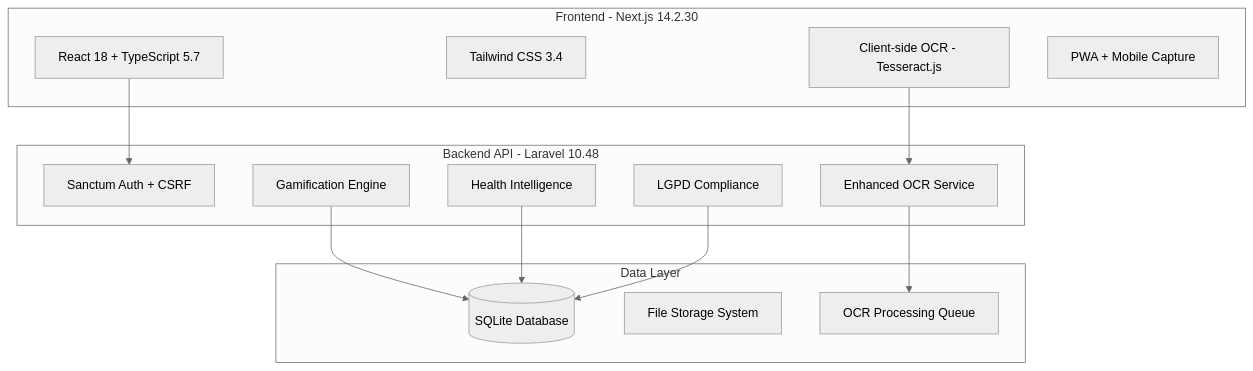
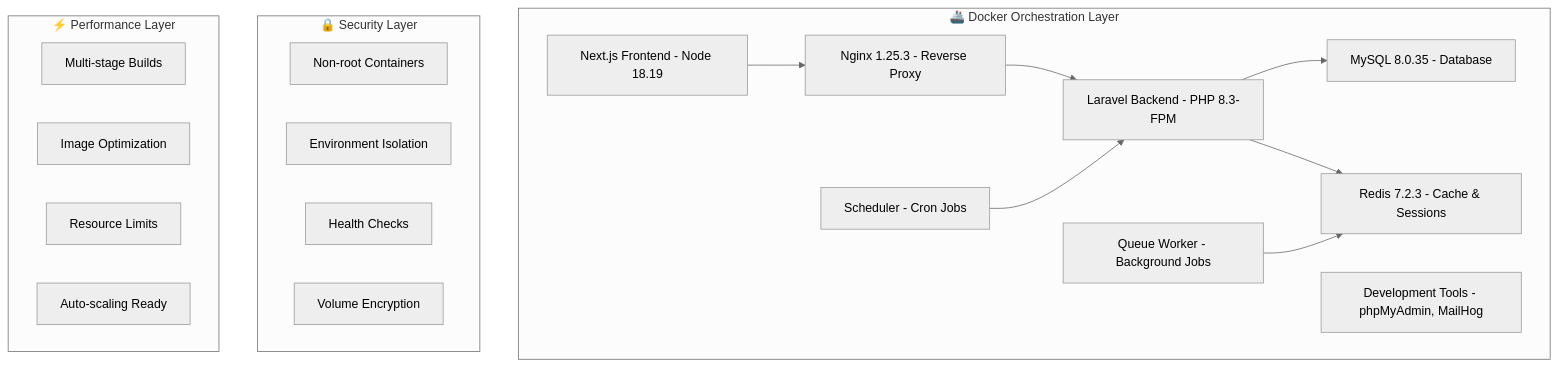
One commit to rodaquino-OMNI/OnboardingPortal changed the diagram in README.md. Above: the diagram before and after it, drawn with Mermaid (neutral theme). The commit also changed other lines of this file and 173 other files, not shown here.

````diff
--- a/README.md
+++ b/README.md
@@ -22,30 +24,34 @@
 ```mermaid
 graph TB
-    subgraph "Frontend - Next.js 14.2.30"
-        A[React 18 + TypeScript 5.7]
-        B[Tailwind CSS 3.4]
-        C[Client-side OCR - Tesseract.js]
-        D[PWA + Mobile Capture]
+    subgraph "🚢 Docker Orchestration Layer"
+        A[Nginx 1.25.3 - Reverse Proxy]
+        B[Laravel Backend - PHP 8.3-FPM]
+        C[Next.js Frontend - Node 18.19]
+        D[MySQL 8.0.35 - Database]
+        E[Redis 7.2.3 - Cache & Sessions]
+        F[Queue Worker - Background Jobs]
+        G[Scheduler - Cron Jobs]
+        H[Development Tools - phpMyAdmin, MailHog]
     end
     
-    subgraph "Backend API - Laravel 10.48"
-        E[Sanctum Auth + CSRF]
-        F[Enhanced OCR Service]
-        G[Gamification Engine]
-        H[Health Intelligence]
-        I[LGPD Compliance]
+    subgraph "🔒 Security Layer"
+        I[Non-root Containers]
+        J[Environment Isolation]
+        K[Health Checks]
+        L[Volume Encryption]
     end
     
-    subgraph "Data Layer"
-        J[(SQLite Database)]
-        K[File Storage System]
-        L[OCR Processing Queue]
+    subgraph "⚡ Performance Layer"
+        M[Multi-stage Builds]
+        N[Image Optimization]
+        O[Resource Limits]
+        P[Auto-scaling Ready]
     end
     
-    A --> E
-    C --> F
-    F --> L
-    G --> J
-    H --> J
-    I --> J
+    A --> B
+    B --> D
+    B --> E
+    C --> A
+    F --> E
+    G --> B
 ```
````
